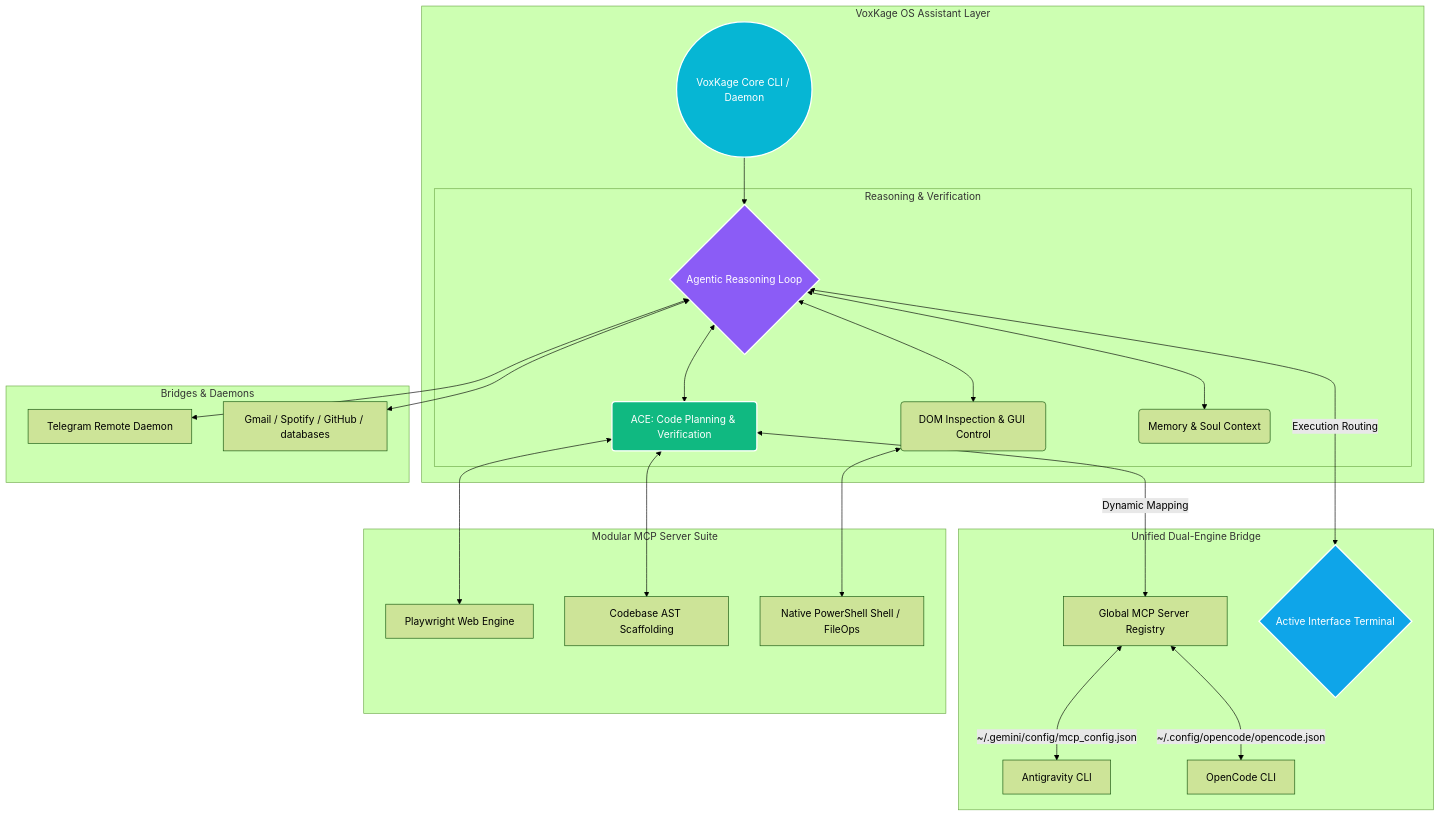
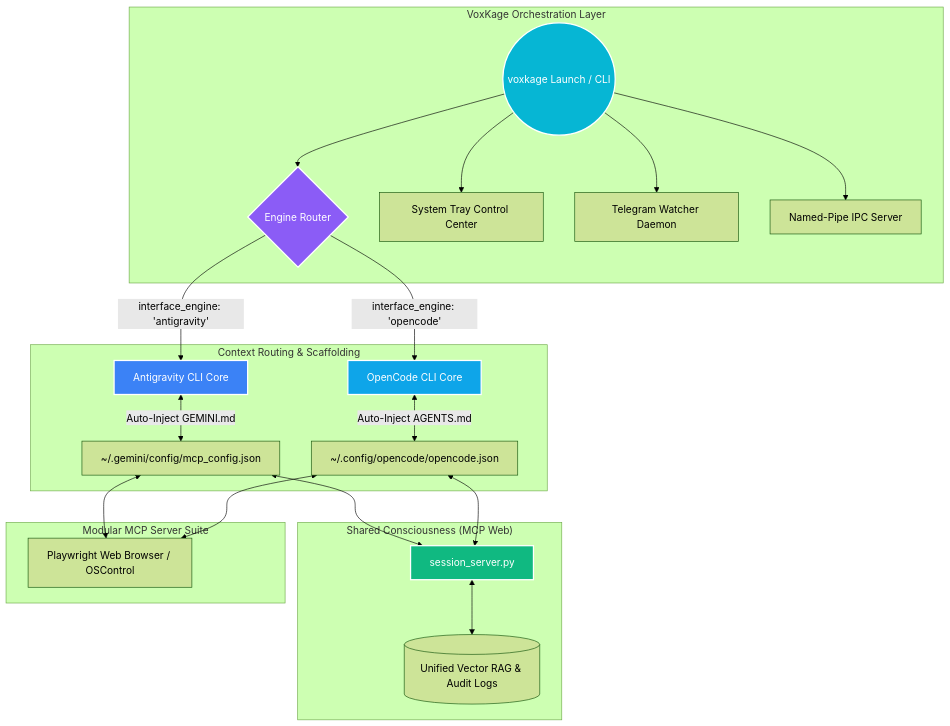
One commit to ayushdwivedi001/VoxKage changed the diagram in README.md. Above: the diagram before and after it, drawn with Mermaid (forest theme). The commit also changed other lines of this file, not shown here.

Commit message:
docs: comprehensive, realistic readme overhaul for dual engines

````diff
--- a/README.md
+++ b/README.md
@@ -54,35 +57,34 @@
 ```mermaid
 graph TD
-    subgraph "VoxKage OS Assistant Layer"
-        A((VoxKage Core CLI / Daemon)) --> B{Agentic Reasoning Loop}
-
-        subgraph "Reasoning & Verification"
-            B <--> C(ACE: Code Planning & Verification)
-            B <--> D(DOM Inspection & GUI Control)
-            B <--> E(Memory & Soul Context)
-        end
+    subgraph "VoxKage Orchestration Layer"
+        A((voxkage Launch / CLI)) --> B{Engine Router}
+        A --> C[System Tray Control Center]
+        A --> D[Telegram Watcher Daemon]
+        A --> E[Named-Pipe IPC Server]
     end
 
-    subgraph "Unified Dual-Engine Bridge"
-        C <--> |Dynamic Mapping| F[Global MCP Server Registry]
-        F <--> |~/.gemini/config/mcp_config.json| G[Antigravity CLI]
-        F <--> |~/.config/opencode/opencode.json| H[OpenCode CLI]
-        B <--> |Execution Routing| I{Active Interface Terminal}
+    subgraph "Context Routing & Scaffolding"
+        B --> |interface_engine: 'antigravity'| F[Antigravity CLI Core]
+        B --> |interface_engine: 'opencode'| G[OpenCode CLI Core]
+        
+        F <--> |Auto-Inject GEMINI.md| H[~/.gemini/config/mcp_config.json]
+        G <--> |Auto-Inject AGENTS.md| I[~/.config/opencode/opencode.json]
+    end
+
+    subgraph "Shared Consciousness (MCP Web)"
+        H <--> J[session_server.py]
+        I <--> J
+        J <--> K[(Unified Vector RAG & Audit Logs)]
     end
 
     subgraph "Modular MCP Server Suite"
-        C <--> J[Playwright Web Engine]
-        C <--> K[Codebase AST Scaffolding]
-        D <--> L[Native PowerShell Shell / FileOps]
-    end
-
-    subgraph "Bridges & Daemons"
-        B <--> M[Telegram Remote Daemon]
-        B <--> N[Gmail / Spotify / GitHub / databases]
+        H <--> L[Playwright Web Browser / OSControl]
+        I <--> L
     end
 
     style A fill:#06b6d4,stroke:#fff,stroke-width:2px,color:#fff
     style B fill:#8b5cf6,stroke:#fff,stroke-width:2px,color:#fff
-    style C fill:#10b981,stroke:#fff,stroke-width:2px,color:#fff
-    style I fill:#0ea5e9,stroke:#fff,stroke-width:2px,color:#fff
+    style J fill:#10b981,stroke:#fff,stroke-width:2px,color:#fff
+    style F fill:#3b82f6,stroke:#fff,stroke-width:2px,color:#fff
+    style G fill:#0ea5e9,stroke:#fff,stroke-width:2px,color:#fff
 ```
````
